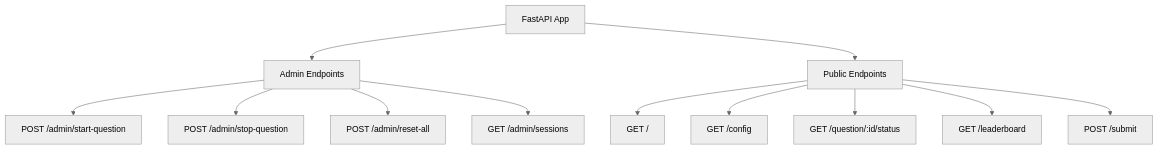
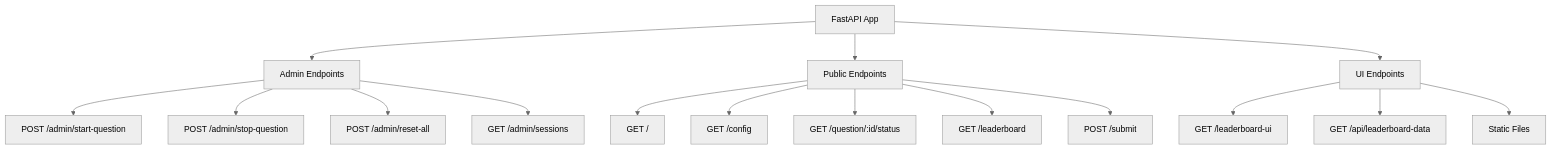
The second of 10 diagrams in docs/system-design.md (finalFlash159/mock-server-scoring-api-for-AIC-VBS), drawn with Mermaid (neutral theme) before and after one commit. The commit also changed other lines of this file and 13 other files, not shown here.

````diff
--- a/docs/system-design.md
+++ b/docs/system-design.md
@@ -40,16 +47,21 @@
 ```mermaid
 graph TB
     A[FastAPI App] --> B[Admin Endpoints]
     A --> C[Public Endpoints]
+    A --> D[UI Endpoints]
     
     B --> B1[POST /admin/start-question]
     B --> B2[POST /admin/stop-question]
     B --> B3[POST /admin/reset-all]
     B --> B4[GET /admin/sessions]
     
     C --> C1[GET /]
     C --> C2[GET /config]
     C --> C3[GET /question/:id/status]
     C --> C4[GET /leaderboard]
     C --> C5[POST /submit]
+    
+    D --> D1[GET /leaderboard-ui]
+    D --> D2[GET /api/leaderboard-data]
+    D --> D3[Static Files]
 ```
````
